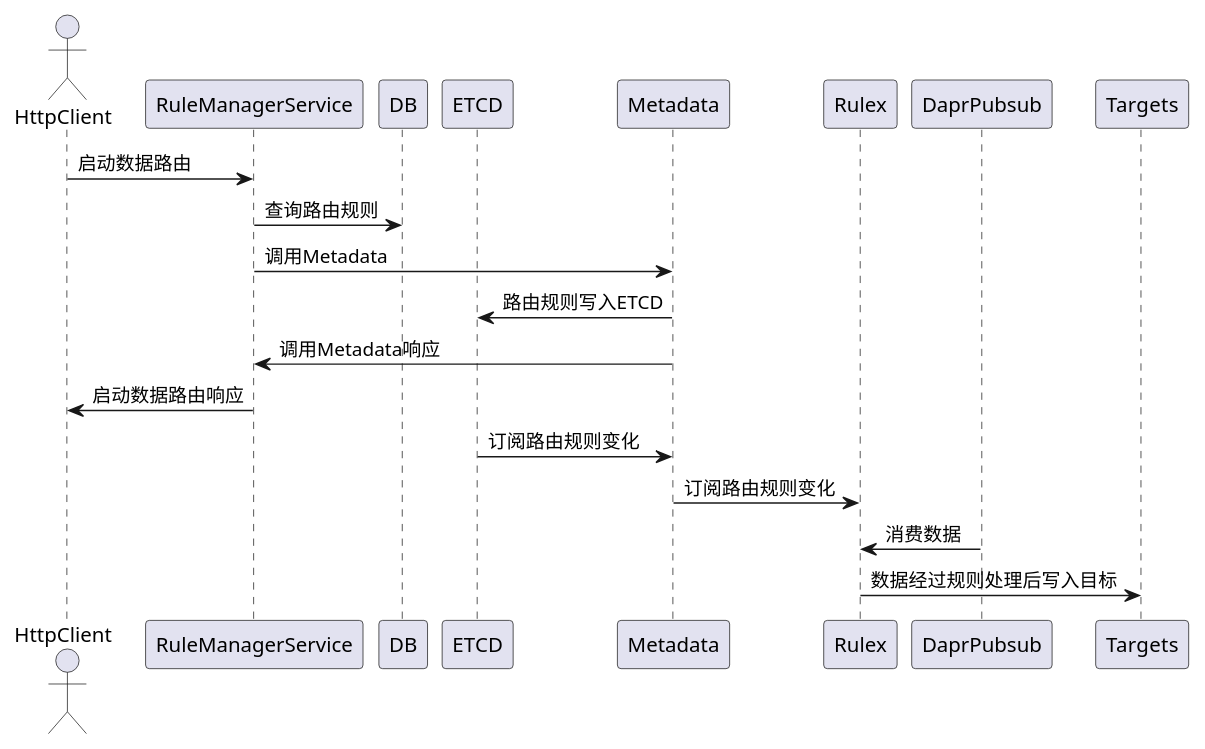
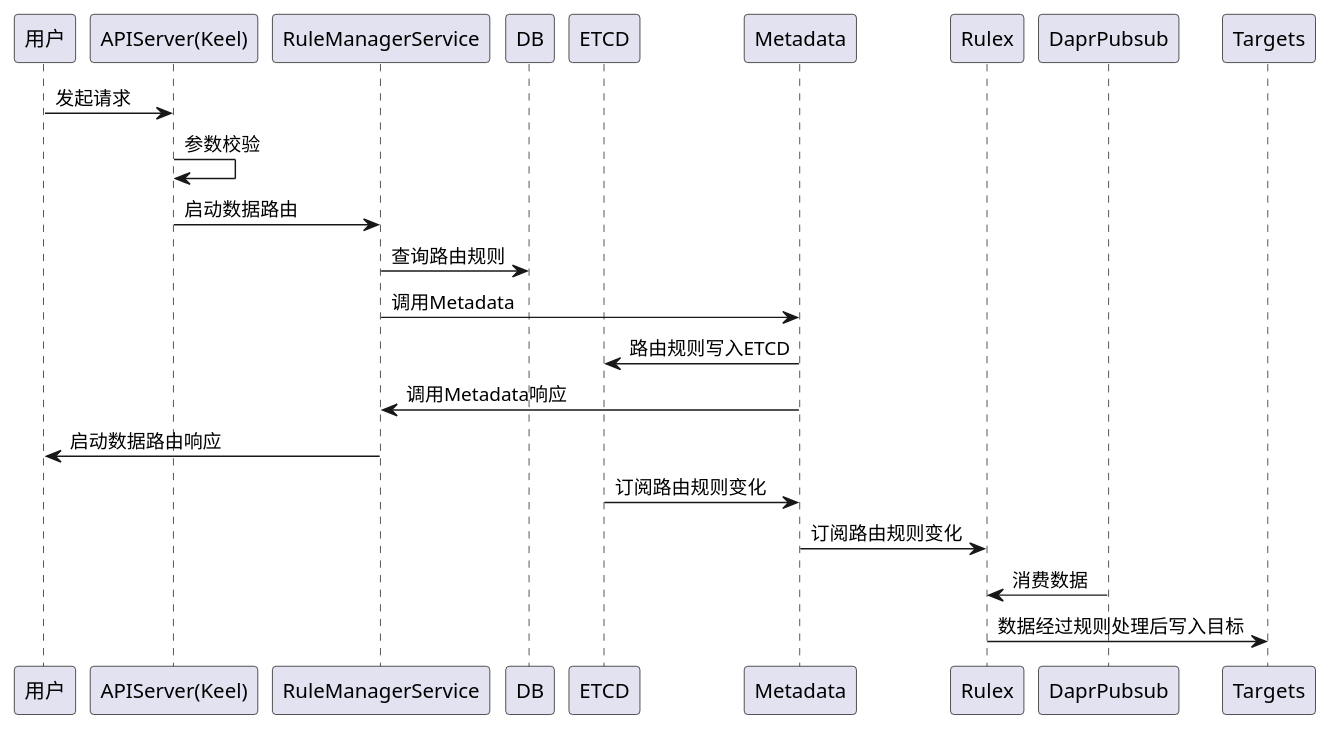
Before and after one commit to tkeel-io/docs: the third of 8 diagrams in docs/api/appendix/plantuml/rule_manager.md, drawn with PlantUML. The commit also changed other lines of this file and 2 other files, not shown here.

````diff
--- a/docs/api/appendix/plantuml/rule_manager.md
+++ b/docs/api/appendix/plantuml/rule_manager.md
@@ -26,23 +32,26 @@
 ```plantuml
 
-actor HttpClient
+participant "用户" as user
+participant "APIServer(Keel)"  as keel
 participant RuleManagerService
 participant DB
 participant ETCD
 participant Metadata
 participant Rulex
 participant DaprPubsub
 participant Targets
 
-HttpClient->RuleManagerService:启动数据路由
+user->keel: 发起请求
+keel->keel: 参数校验
+keel->RuleManagerService:启动数据路由
 RuleManagerService->DB:查询路由规则
 RuleManagerService->Metadata:调用Metadata
 Metadata->ETCD:路由规则写入ETCD
 RuleManagerService<-Metadata:调用Metadata响应
-HttpClient<-RuleManagerService:启动数据路由响应
+user<-RuleManagerService:启动数据路由响应
 ETCD->Metadata:订阅路由规则变化
 Rulex<-Metadata:订阅路由规则变化
 Rulex<-DaprPubsub:消费数据
 Rulex->Targets:数据经过规则处理后写入目标
 @enduml
 ```
````
